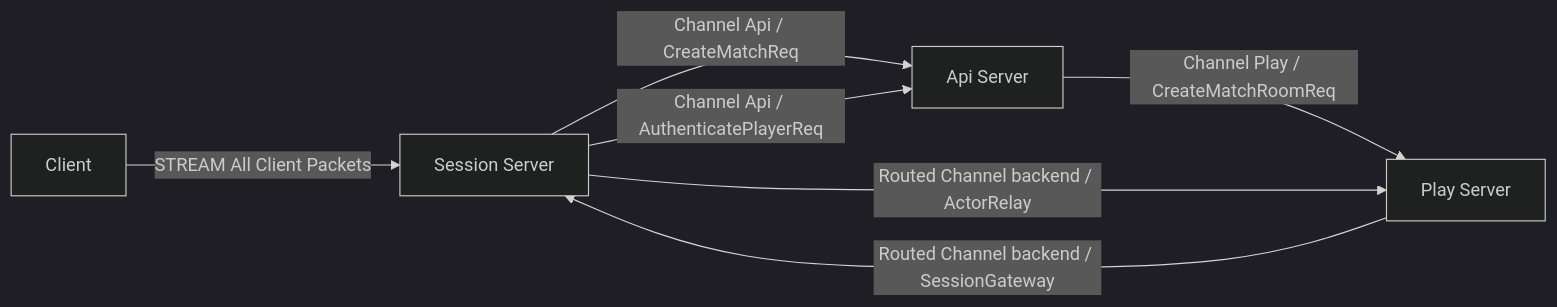
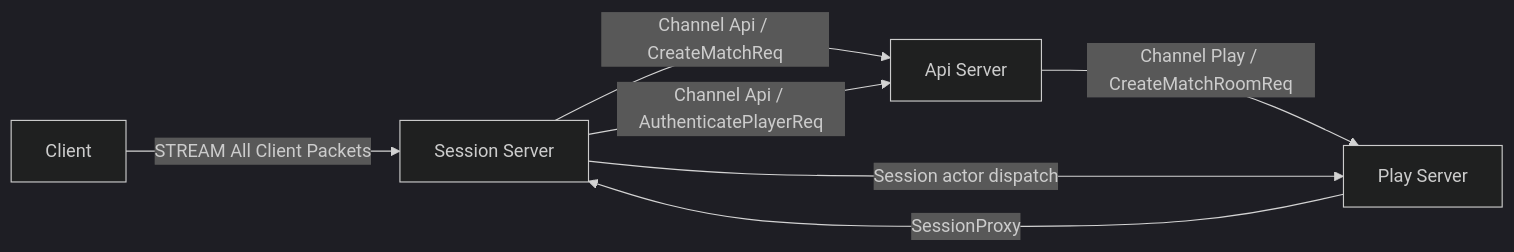
The first of 7 diagrams in framework/doc/spec/sample/tictactoe/session-gateway.ko.md (kairos-code-dev/zlink), drawn with Mermaid (dark theme) before and after one commit. The commit also changed other lines of this file and 41 other files, not shown here.

Commit message:
Update spot runtime and session actor dispatch plan

````diff
--- a/framework/doc/spec/sample/tictactoe/session-gateway.ko.md
+++ b/framework/doc/spec/sample/tictactoe/session-gateway.ko.md
@@ -30,14 +30,14 @@
 ```mermaid
 flowchart LR
     C[Client]
     S[Session Server]
     P[Play Server]
     API[Api Server]
 
     C -->|STREAM All Client Packets| S
     S -->|Channel Api / CreateMatchReq| API
     API -->|Channel Play / CreateMatchRoomReq| P
     S -->|Channel Api / AuthenticatePlayerReq| API
-    S -->|Routed Channel backend / ActorRelay| P
-    P -->|Routed Channel backend / SessionGateway| S
+    S -->|Session actor dispatch| P
+    P -->|SessionProxy| S
 ```
````
